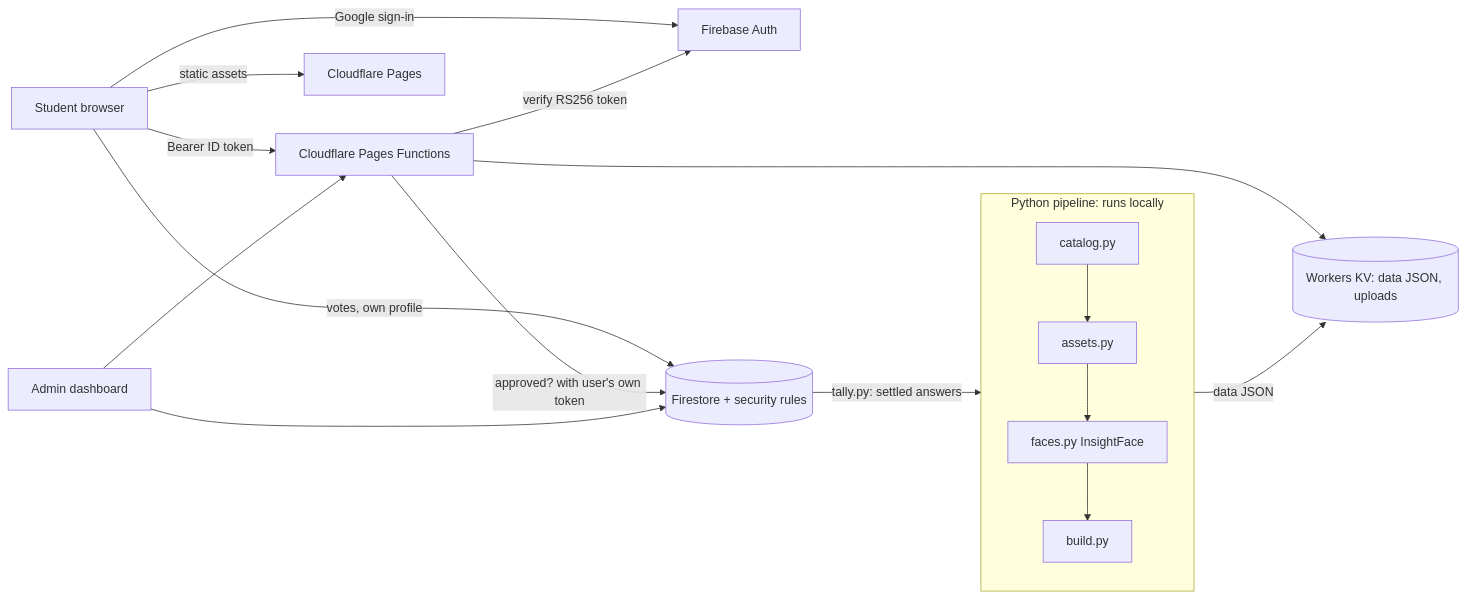
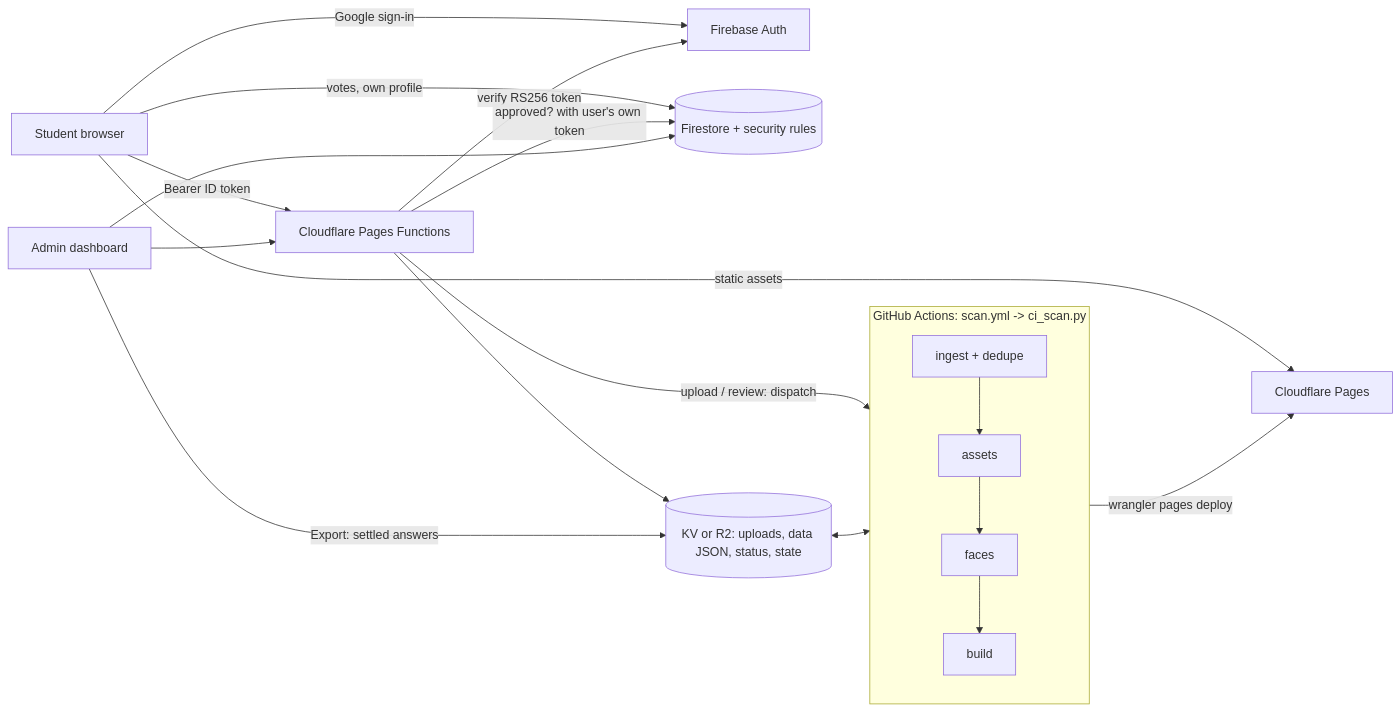
Before and after one commit to codewithpom/smriti: the diagram in README.md, drawn with Mermaid. The commit also changed other lines of this file and 59 other files, not shown here.

````diff
--- a/README.md
+++ b/README.md
@@ -51,17 +56,19 @@
 ```mermaid
 flowchart LR
   S[Student browser] -- Google sign-in --> FA[Firebase Auth]
   S -- votes, own profile --> FS[(Firestore + security rules)]
   S -- Bearer ID token --> PF[Cloudflare Pages Functions]
   PF -- verify RS256 token --> FA
   PF -- approved? with user's own token --> FS
-  PF --> KV[(Workers KV: data JSON, uploads)]
+  PF --> KV[(KV or R2: uploads, data JSON, status, state)]
   S -- static assets --> CP[Cloudflare Pages]
   A[Admin dashboard] --> FS
   A --> PF
-  subgraph Pipeline [Python pipeline: runs locally]
-    C[catalog.py] --> AS[assets.py] --> F[faces.py InsightFace] --> B[build.py]
+  PF -- upload / review: dispatch --> GA
+  subgraph GA [GitHub Actions: scan.yml -> ci_scan.py]
+    I[ingest + dedupe] --> AS[assets] --> F[faces] --> B[build]
   end
-  Pipeline -- data JSON --> KV
-  FS -- tally.py: settled answers --> Pipeline
+  KV <--> GA
+  GA -- wrangler pages deploy --> CP
+  A -- Export: settled answers --> KV
 ```
````
